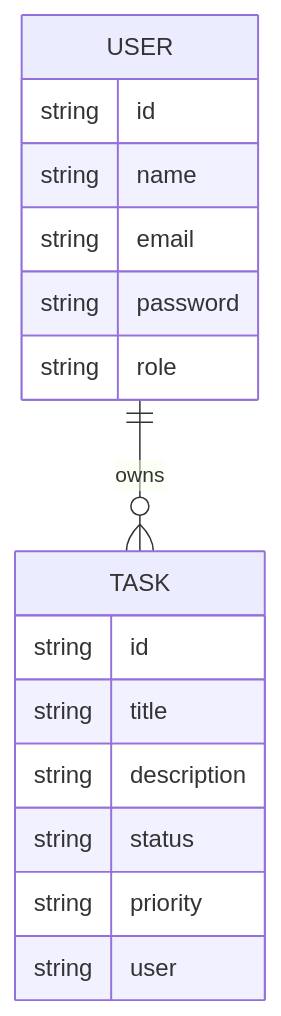
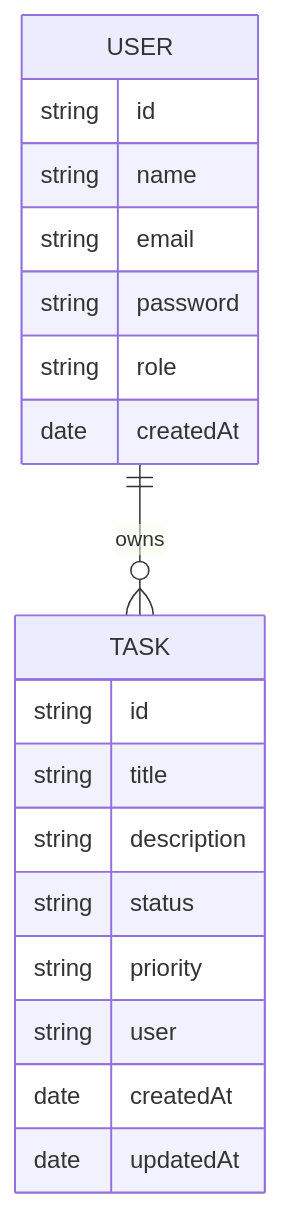
Before and after one commit to adarshkshitij/Assignment: the fifth of 5 diagrams in ARCHITECTURE.md, drawn with Mermaid. The commit also changed other lines of this file and 7 other files, not shown here.

````diff
--- a/ARCHITECTURE.md
+++ b/ARCHITECTURE.md
@@ -113,21 +113,24 @@
 ```mermaid
 erDiagram
     USER ||--o{ TASK : owns
 
     USER {
       string id
       string name
       string email
       string password
       string role
+      date createdAt
     }
 
     TASK {
       string id
       string title
       string description
       string status
       string priority
       string user
+      date createdAt
+      date updatedAt
     }
 ```
````
